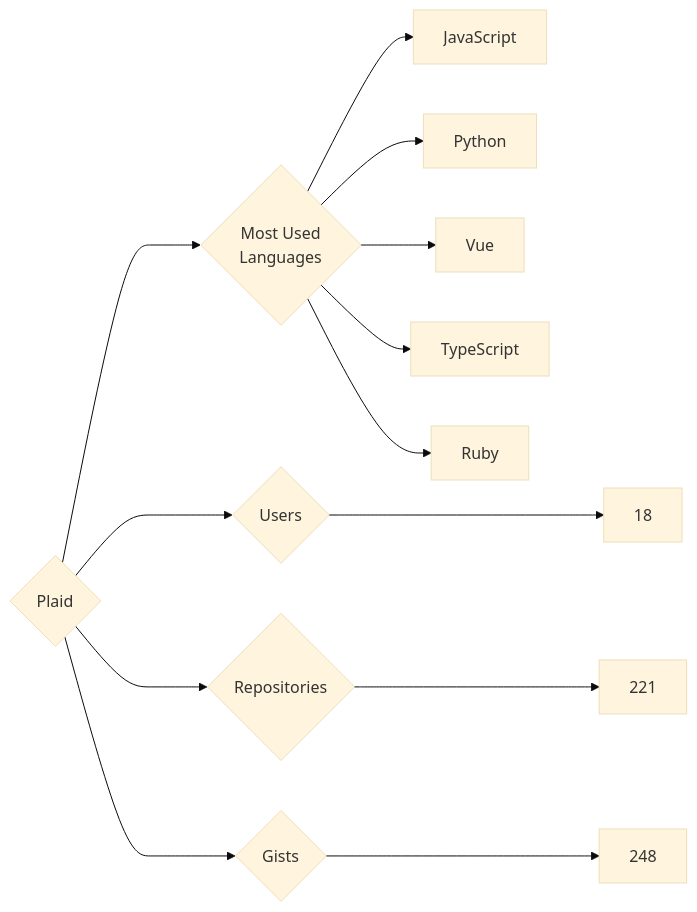
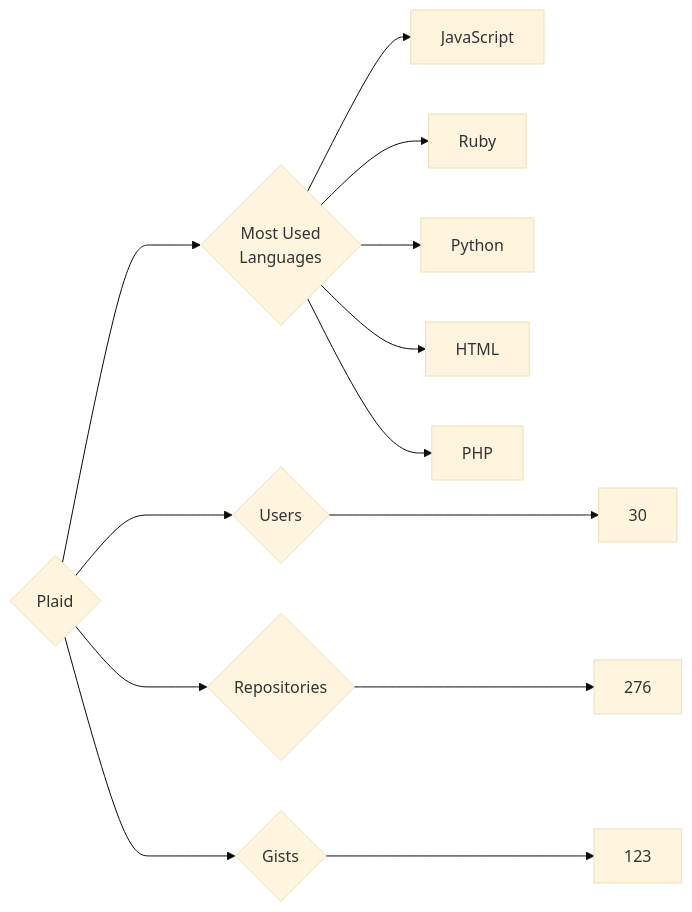
The diagram in targets/Plaid/README.md (trickest/insiders), drawn with Mermaid (base theme) before and after one commit. The commit also changed 1011 other files, not shown here.

````diff
--- a/targets/Plaid/README.md
+++ b/targets/Plaid/README.md
@@ -3,13 +3,13 @@
 ```mermaid
 graph LR
 COMPANY_NAME{Plaid}
-COMPANY_NAME ---> U{Users} ---> UN[18]
-COMPANY_NAME ---> R{Repositories} ---> RN[221]
-COMPANY_NAME ---> G{Gists} ---> GN[248]
+COMPANY_NAME ---> U{Users} ---> UN[30]
+COMPANY_NAME ---> R{Repositories} ---> RN[276]
+COMPANY_NAME ---> G{Gists} ---> GN[123]
 COMPANY_NAME ---> ML{Most Used<br>Languages}
 ML --> JavaScript[JavaScript]
+ML --> Ruby[Ruby]
 ML --> Python[Python]
-ML --> Vue[Vue]
-ML --> TypeScript[TypeScript]
-ML --> Ruby[Ruby]
+ML --> HTML[HTML]
+ML --> PHP[PHP]
 ```
````
